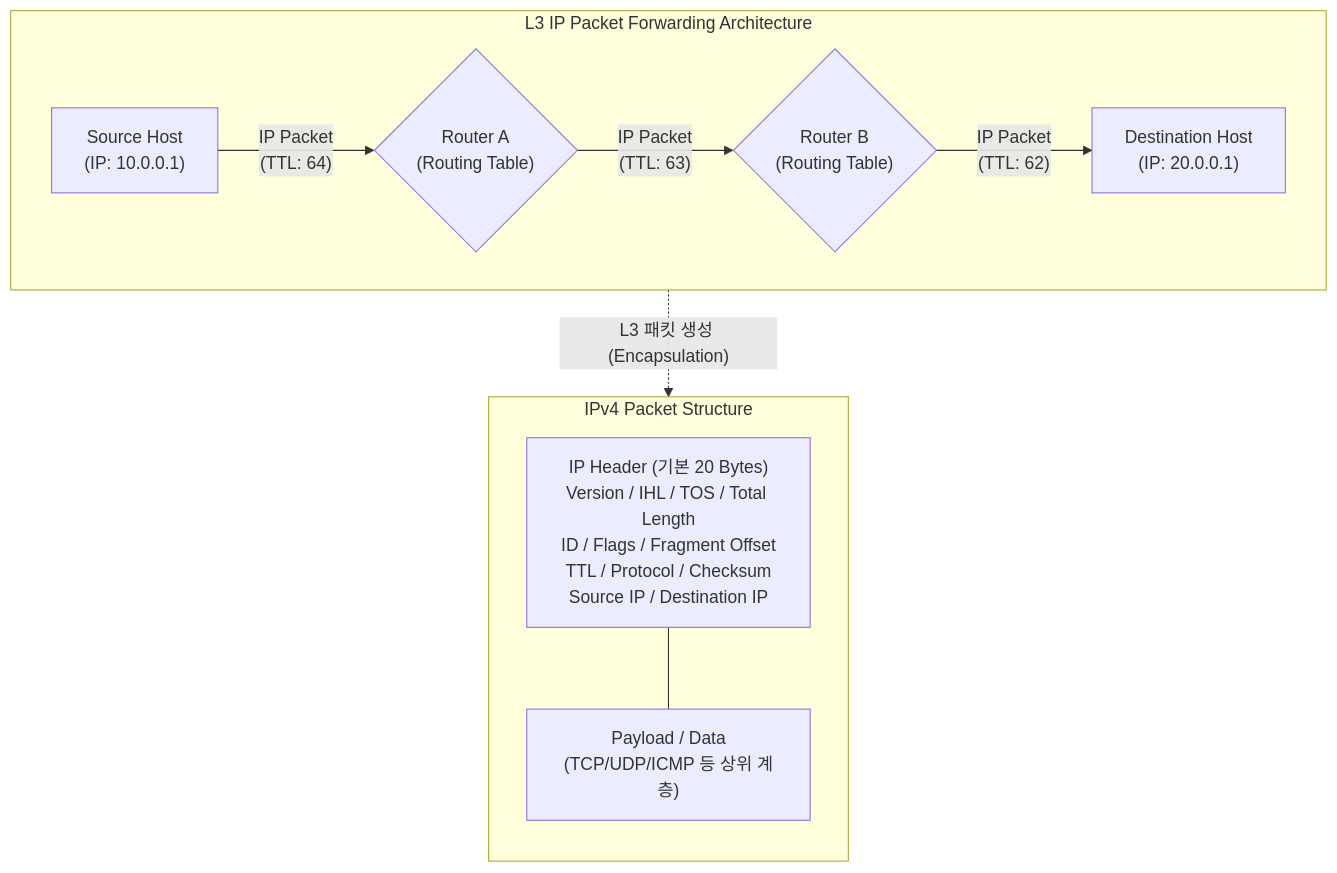
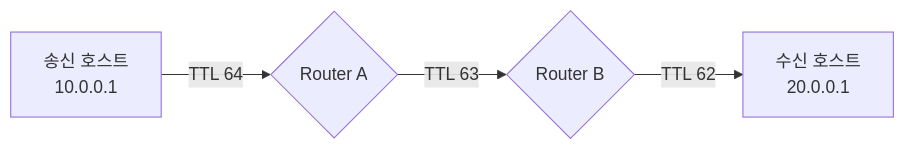
The diagram in content/01_IT Tech/IP.md (supremethumb/supremethumb.github.io), drawn with Mermaid before and after one commit. The commit also changed other lines of this file and 1087 other files, not shown here.

````diff
--- a/content/01_IT Tech/IP.md
+++ b/content/01_IT Tech/IP.md
@@ -31,24 +35,6 @@
 ```mermaid
-flowchart TD
-    subgraph "L3 IP Packet Forwarding Architecture"
-        direction LR
-        HostA["Source Host<br/>(IP: 10.0.0.1)"]
-        RouterA{"Router A<br/>(Routing Table)"}
-        RouterB{"Router B<br/>(Routing Table)"}
-        HostB["Destination Host<br/>(IP: 20.0.0.1)"]
-        
-        HostA -- "IP Packet<br/>(TTL: 64)" --> RouterA
-        RouterA -- "IP Packet<br/>(TTL: 63)" --> RouterB
-        RouterB -- "IP Packet<br/>(TTL: 62)" --> HostB
-    end
-    
-    subgraph "IPv4 Packet Structure"
-        direction TB
-        Header["IP Header (기본 20 Bytes)<br/>Version / IHL / TOS / Total Length<br/>ID / Flags / Fragment Offset<br/>TTL / Protocol / Checksum<br/>Source IP / Destination IP"]
-        Payload["Payload / Data<br/>(TCP/UDP/ICMP 등 상위 계층)"]
-        Header --- Payload
-    end
-    
-    HostA -. "L3 패킷 생성 (Encapsulation)" .-> Header
-
+flowchart LR
+    A["송신 호스트<br/>10.0.0.1"] -- "TTL 64" --> R1{"Router A"}
+    R1 -- "TTL 63" --> R2{"Router B"}
+    R2 -- "TTL 62" --> B["수신 호스트<br/>20.0.0.1"]
 ```
````
